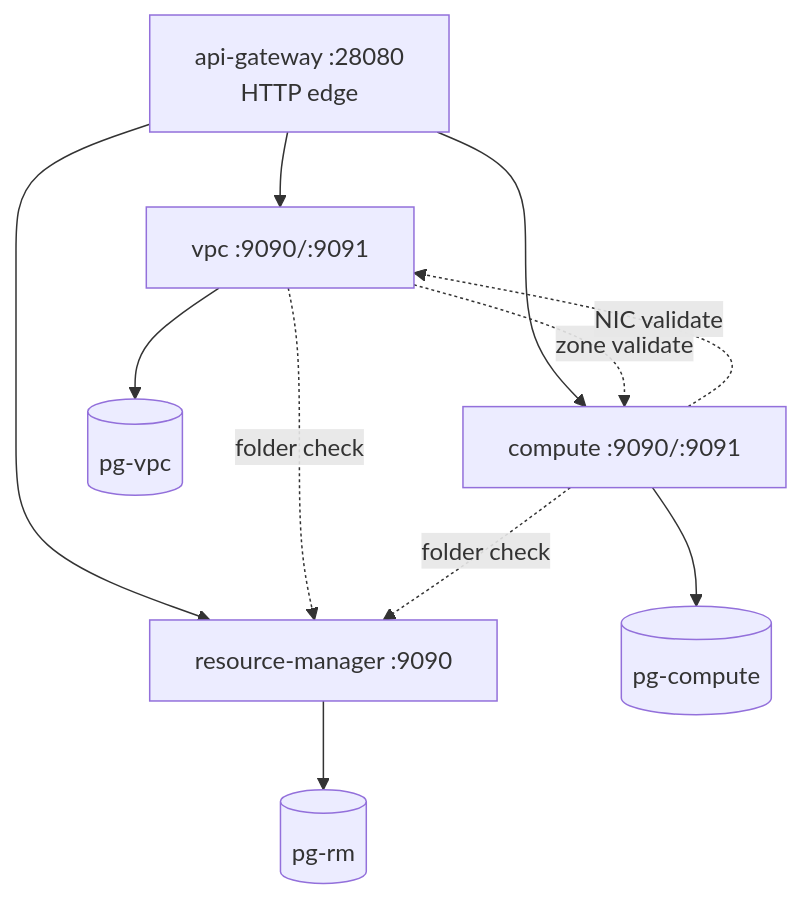
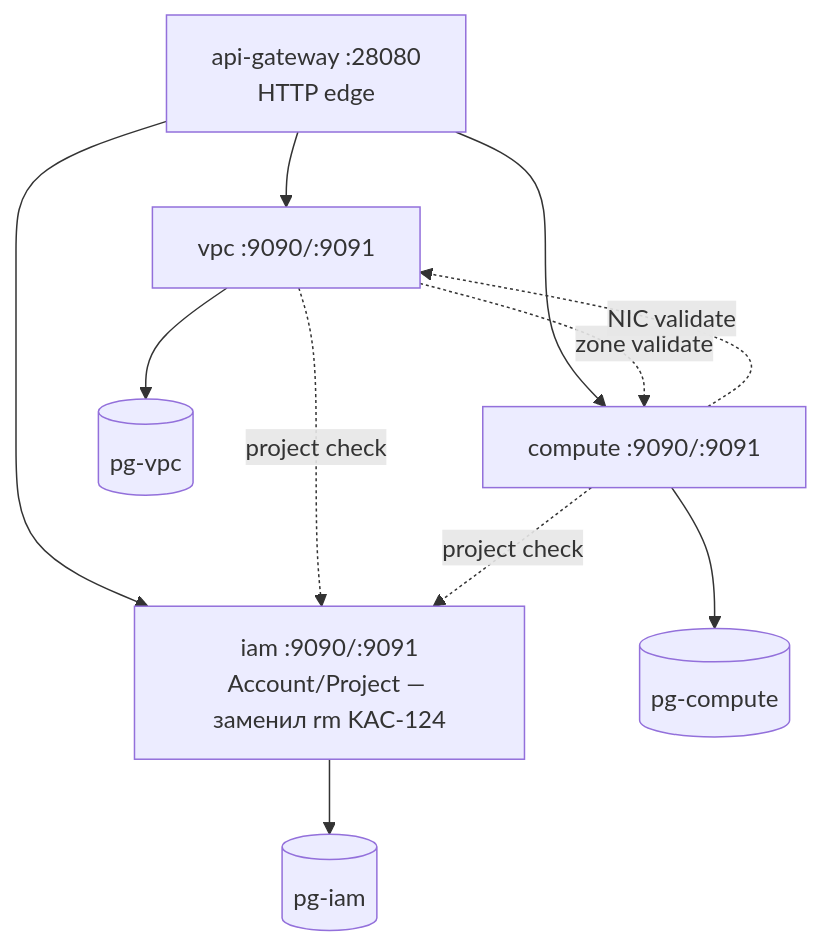
One commit to PRO-Robotech/kacho-workspace changed the first of 2 diagrams in obsidian/kacho/kacho-deploy/stack.md. Above: the diagram before and after it, drawn with Mermaid. The commit also changed other lines of this file and 18 other files, not shown here.

Commit message:
docs(KAC-268): purge stale FolderService/resource-manager refs → iam ProjectService

````diff
--- a/obsidian/kacho/kacho-deploy/stack.md
+++ b/obsidian/kacho/kacho-deploy/stack.md
@@ -17,23 +17,24 @@
 ```mermaid
+%% resource-manager removed в KAC-124 — заменён на kacho-iam (Account/Project)
 graph TD
     api[api-gateway :28080<br/>HTTP edge]
-    rm[resource-manager :9090]
+    iam[iam :9090/:9091<br/>Account/Project — заменил rm KAC-124]
     vpc[vpc :9090/:9091]
     compute[compute :9090/:9091]
 
-    pg_rm[(pg-rm)]
+    pg_iam[(pg-iam)]
     pg_vpc[(pg-vpc)]
     pg_compute[(pg-compute)]
 
-    api --> rm
+    api --> iam
     api --> vpc
     api --> compute
-    rm --> pg_rm
+    iam --> pg_iam
     vpc --> pg_vpc
     compute --> pg_compute
 
     vpc -.zone validate.-> compute
-    vpc -.folder check.-> rm
+    vpc -.project check.-> iam
     compute -.NIC validate.-> vpc
-    compute -.folder check.-> rm
+    compute -.project check.-> iam
 ```
````
